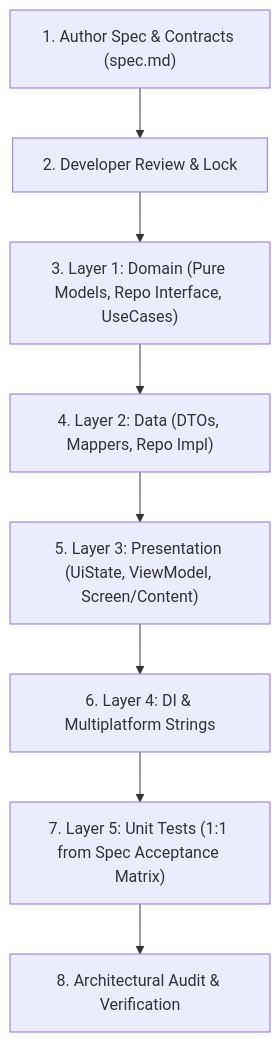
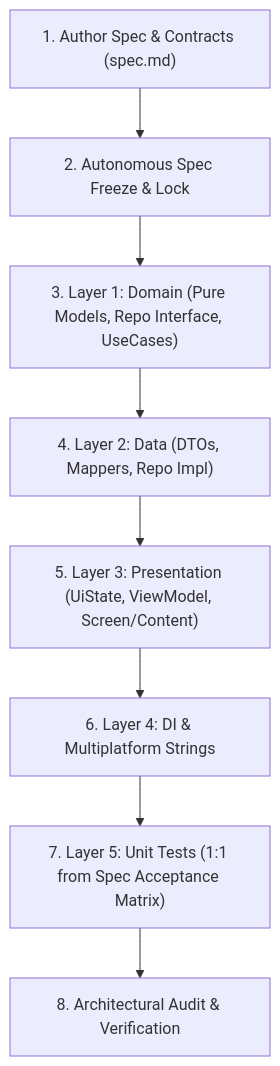
One commit to Aslmmon/CompanionApp changed the diagram in .agents/skills/spec-driven-dev/SKILL.md. Above: the diagram before and after it, drawn with Mermaid. The commit also changed other lines of this file and 27 other files, not shown here.

````diff
--- a/.agents/skills/spec-driven-dev/SKILL.md
+++ b/.agents/skills/spec-driven-dev/SKILL.md
@@ -19,10 +19,10 @@
 ```mermaid
 flowchart TD
-    Step1["1. Author Spec & Contracts (spec.md)"] --> Step2["2. Developer Review & Lock"]
+    Step1["1. Author Spec & Contracts (spec.md)"] --> Step2["2. Autonomous Spec Freeze & Lock"]
     Step2 --> Step3["3. Layer 1: Domain (Pure Models, Repo Interface, UseCases)"]
     Step3 --> Step4["4. Layer 2: Data (DTOs, Mappers, Repo Impl)"]
     Step4 --> Step5["5. Layer 3: Presentation (UiState, ViewModel, Screen/Content)"]
     Step5 --> Step6["6. Layer 4: DI & Multiplatform Strings"]
     Step6 --> Step7["7. Layer 5: Unit Tests (1:1 from Spec Acceptance Matrix)"]
     Step7 --> Step8["8. Architectural Audit & Verification"]
 ```
````
